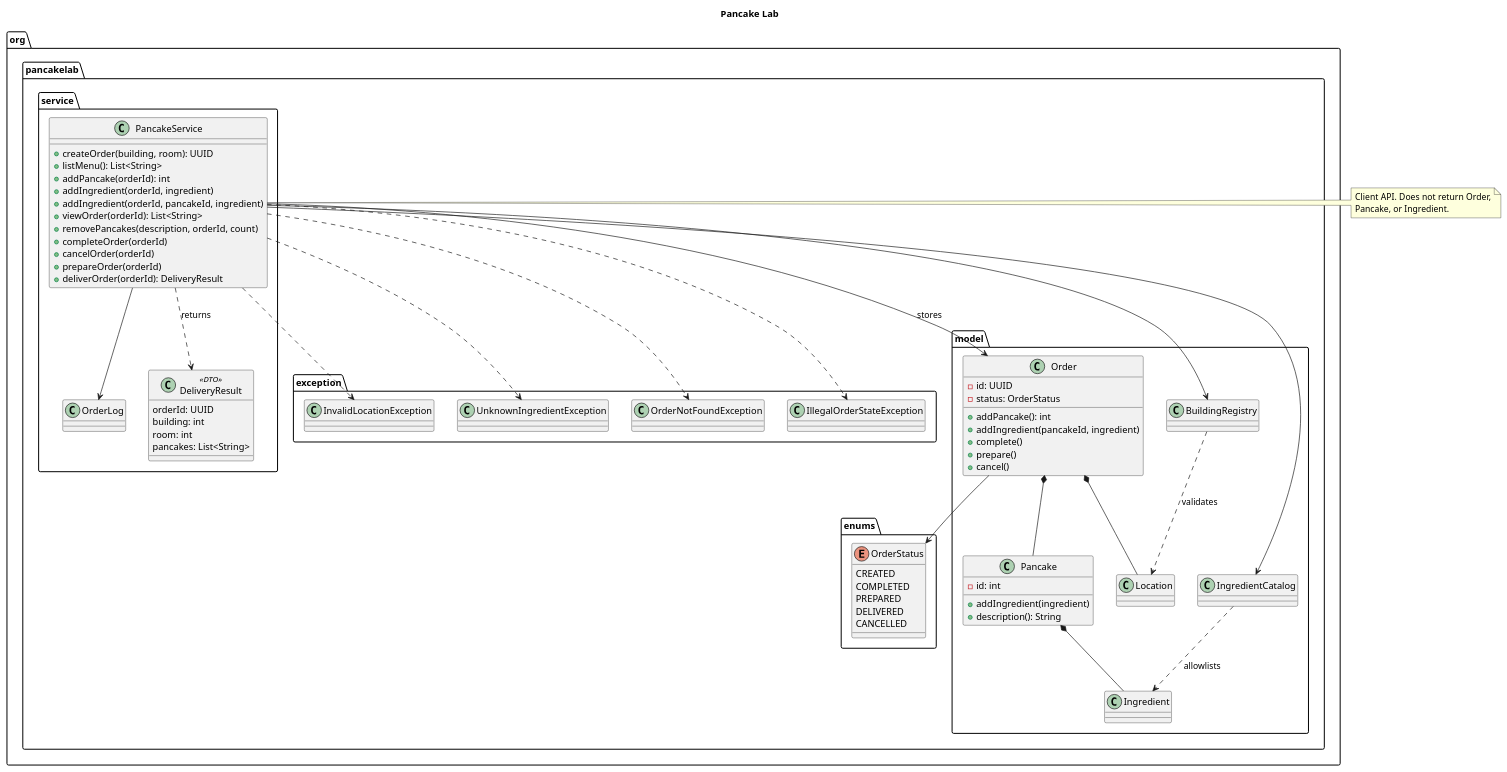
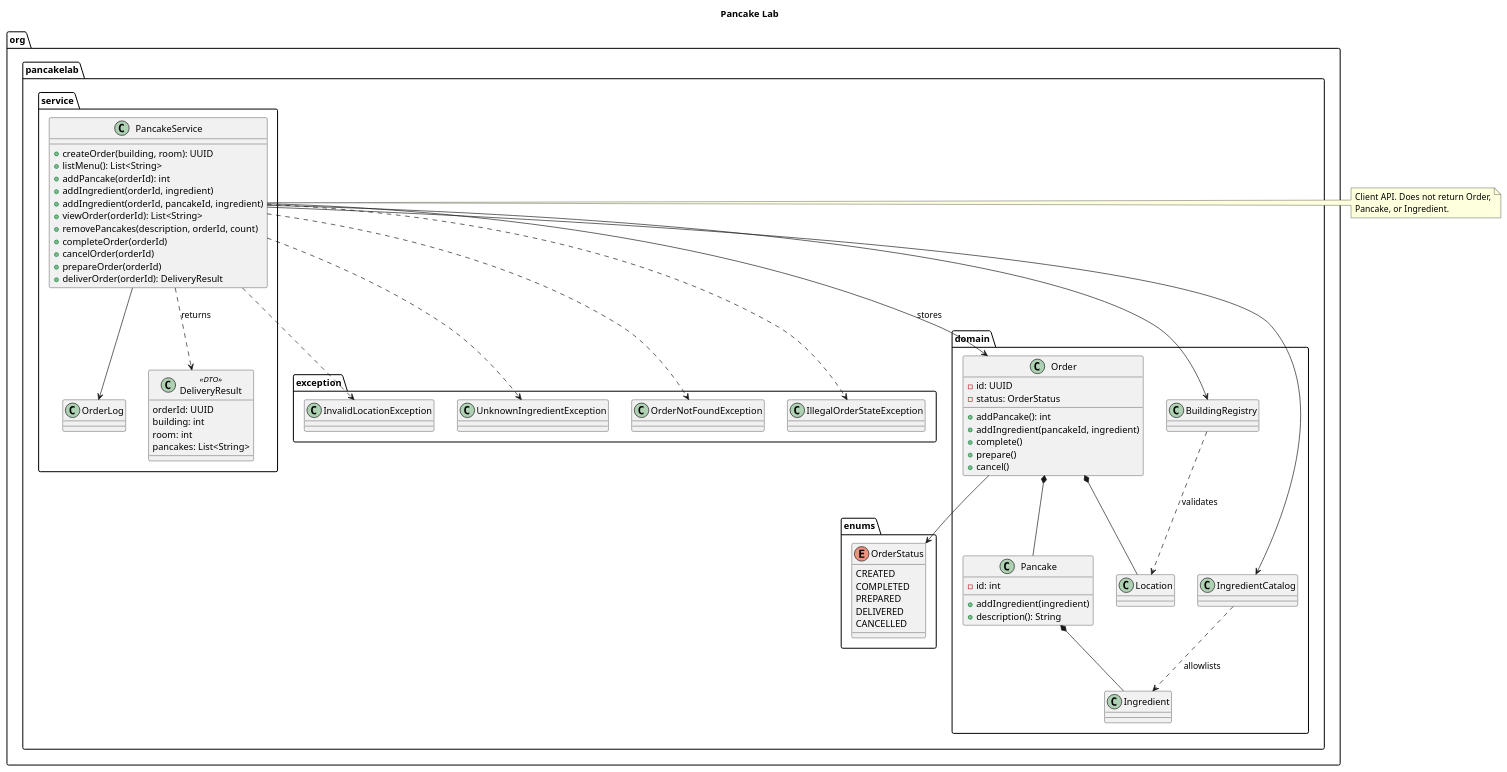
One commit to devnisaev/PancakeLab changed the diagram in docs/domain.puml. Above: the diagram before and after it, drawn with PlantUML. The commit also changed 12 other files, not shown here.

```diff
--- a/docs/domain.puml
+++ b/docs/domain.puml
@@ -1,86 +1,86 @@
 @startuml
 title Pancake Lab
 
 package "org.pancakelab.service" {
   class PancakeService {
     + createOrder(building, room): UUID
     + listMenu(): List<String>
     + addPancake(orderId): int
     + addIngredient(orderId, ingredient)
     + addIngredient(orderId, pancakeId, ingredient)
     + viewOrder(orderId): List<String>
     + removePancakes(description, orderId, count)
     + completeOrder(orderId)
     + cancelOrder(orderId)
     + prepareOrder(orderId)
     + deliverOrder(orderId): DeliveryResult
   }
   class OrderLog
   class DeliveryResult <<DTO>> {
     orderId: UUID
     building: int
     room: int
     pancakes: List<String>
   }
 }
 
 package "org.pancakelab.exception" {
   class InvalidLocationException
   class UnknownIngredientException
   class OrderNotFoundException
   class IllegalOrderStateException
 }
 
 package "org.pancakelab.enums" {
   enum OrderStatus {
     CREATED
     COMPLETED
     PREPARED
     DELIVERED
     CANCELLED
   }
 }
 
-package "org.pancakelab.model" {
+package "org.pancakelab.domain" {
   class Order {
     - id: UUID
     - status: OrderStatus
     + addPancake(): int
     + addIngredient(pancakeId, ingredient)
     + complete()
     + prepare()
     + cancel()
   }
   class Pancake {
     - id: int
     + addIngredient(ingredient)
     + description(): String
   }
   class Ingredient
   class Location
   class IngredientCatalog
   class BuildingRegistry
 }
 
 PancakeService --> Order : stores
 PancakeService --> IngredientCatalog
 PancakeService --> BuildingRegistry
 PancakeService --> OrderLog
 PancakeService ..> DeliveryResult : returns
 Order *-- Pancake
 Order *-- Location
 Order --> OrderStatus
 Pancake *-- Ingredient
 IngredientCatalog ..> Ingredient : allowlists
 BuildingRegistry ..> Location : validates
 PancakeService ..> InvalidLocationException
 PancakeService ..> UnknownIngredientException
 PancakeService ..> OrderNotFoundException
 PancakeService ..> IllegalOrderStateException
 
 note right of PancakeService
   Client API. Does not return Order,
   Pancake, or Ingredient.
 end note
 
 @enduml
```
